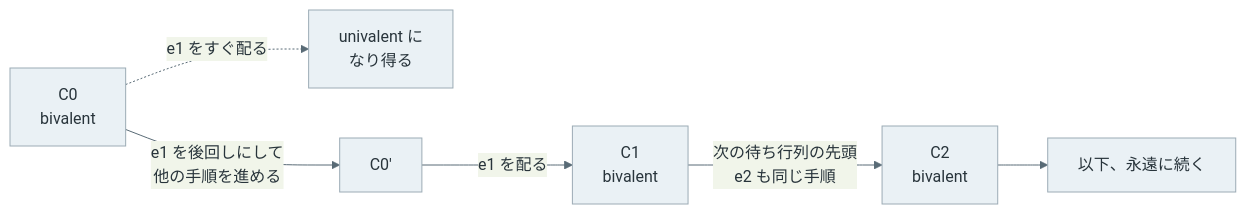
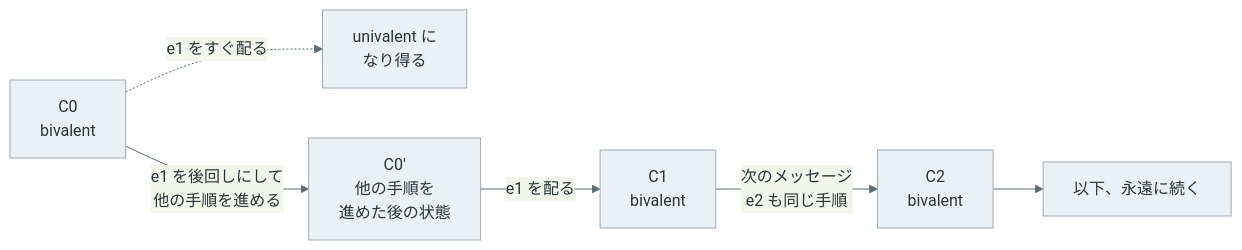
Before and after one commit to nao1215/debimate: the diagram in content/notes/distributed-systems/flp-impossibility/index.md, drawn with Mermaid. The commit also changed other lines of this file and 53 other files, not shown here.

````diff
--- a/content/notes/distributed-systems/flp-impossibility/index.md
+++ b/content/notes/distributed-systems/flp-impossibility/index.md
@@ -76,10 +94,10 @@
 ```mermaid
 %%{init: {"theme":"base","themeVariables":{"primaryColor":"#eaf1f5","primaryTextColor":"#28343b","primaryBorderColor":"#9cabb5","lineColor":"#596b76","textColor":"#28343b"}}}%%
 flowchart LR
     C0["C0<br/>bivalent"] -.->|"e1 をすぐ配る"| U["univalent に<br/>なり得る"]
-    C0 -->|"e1 を後回しにして<br/>他の手順を進める"| C0b["C0'"]
+    C0 -->|"e1 を後回しにして<br/>他の手順を進める"| C0b["C0'<br/>他の手順を<br/>進めた後の状態"]
     C0b -->|"e1 を配る"| C1["C1<br/>bivalent"]
-    C1 -->|"次の待ち行列の先頭<br/>e2 も同じ手順"| C2["C2<br/>bivalent"]
+    C1 -->|"次のメッセージ<br/>e2 も同じ手順"| C2["C2<br/>bivalent"]
     C2 --> More["以下、永遠に続く"]
     classDef default fill:#eaf1f5,stroke:#9cabb5,color:#28343b;
 ```
````
